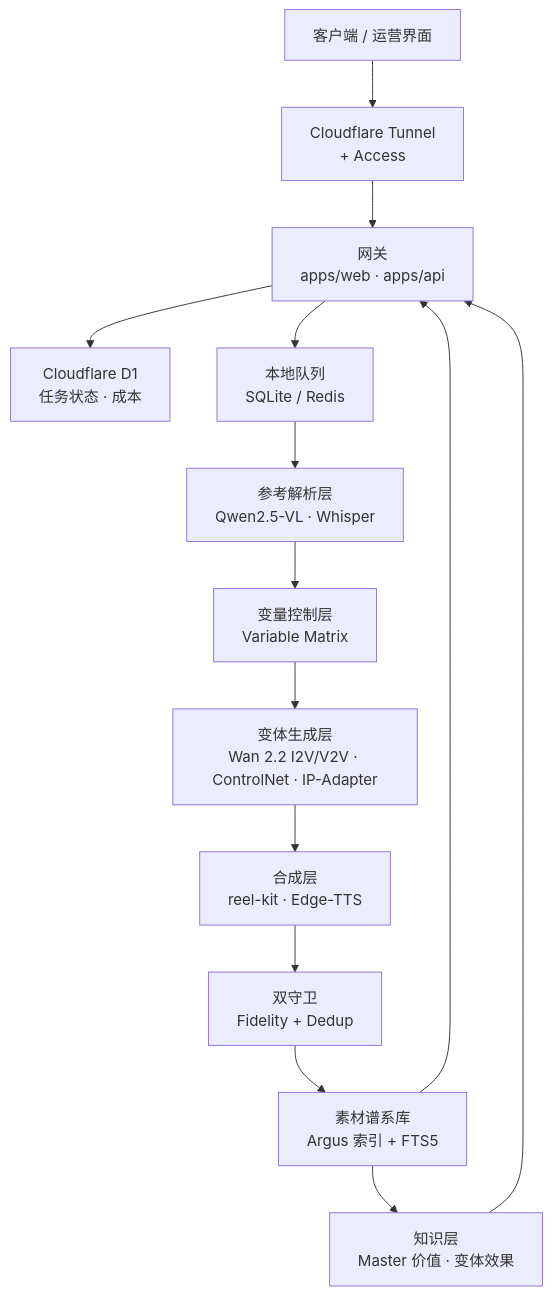
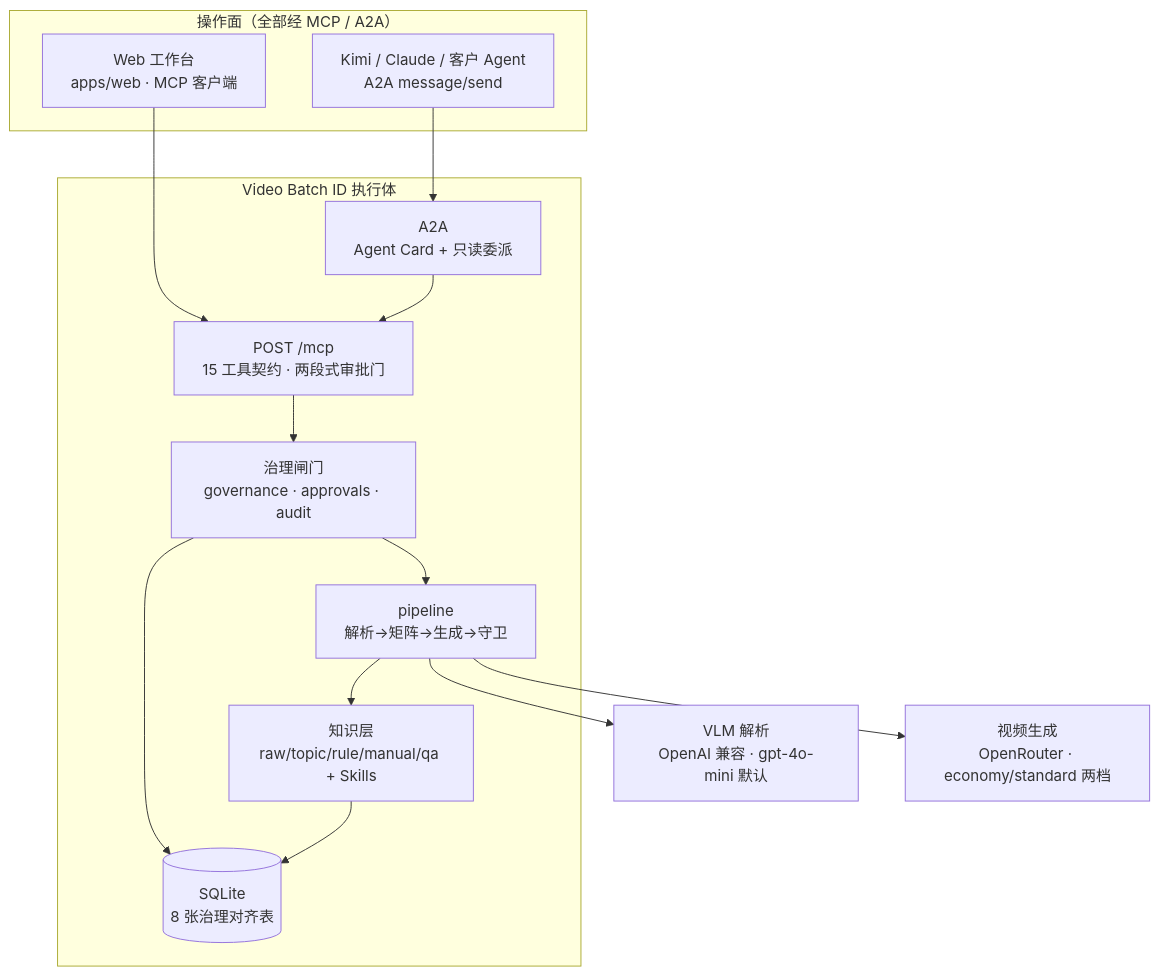
The diagram in README.md (vfvincentwong2026/video-batch-id), drawn with Mermaid before and after one commit. The commit also changed other lines of this file, not shown here.

First line of the commit message:
docs(readme): 全面更新至 AI-Native 现状——15 MCP 工具面/A2A/知识层/托管路线

````diff
--- a/README.md
+++ b/README.md
@@ -231,17 +143,26 @@
 ```mermaid
 flowchart TB
-    A[客户端 / 运营界面] --> B[Cloudflare Tunnel<br/>+ Access]
-    B --> C[网关<br/>apps/web · apps/api]
-    C --> D[Cloudflare D1<br/>任务状态 · 成本]
-    C --> E[本地队列<br/>SQLite / Redis]
+    subgraph clients["操作面（全部经 MCP / A2A）"]
+        SPA[Web 工作台<br/>apps/web · MCP 客户端]
+        AGENT[Kimi / Claude / 客户 Agent<br/>A2A message/send]
+    end
+    subgraph vbid["Video Batch ID 执行体"]
+        MCP[POST /mcp<br/>15 工具契约 · 两段式审批门]
+        A2A[A2A<br/>Agent Card + 只读委派]
+        GOV[治理闸门<br/>governance · approvals · audit]
+        PIPE[pipeline<br/>解析→矩阵→生成→守卫]
+        KNOW[知识层<br/>raw/topic/rule/manual/qa + Skills]
+        SQLite[(SQLite<br/>8 张治理对齐表)]
+    end
+    VLM[VLM 解析<br/>OpenAI 兼容 · gpt-4o-mini 默认]
+    GEN[视频生成<br/>OpenRouter · economy/standard 两档]
 
-    E --> F[参考解析层<br/>Qwen2.5-VL · Whisper]
-    F --> G[变量控制层<br/>Variable Matrix]
-    G --> H[变体生成层<br/>Wan 2.2 I2V/V2V · ControlNet · IP-Adapter]
-    H --> I[合成层<br/>reel-kit · Edge-TTS]
-    I --> J[双守卫<br/>Fidelity + Dedup]
-    J --> K[素材谱系库<br/>Argus 索引 + FTS5]
-    K --> C
-    K --> L[知识层<br/>Master 价值 · 变体效果]
-    L --> C
+    SPA --> MCP
+    AGENT --> A2A --> MCP
+    MCP --> GOV --> PIPE
+    PIPE --> VLM
+    PIPE --> GEN
+    PIPE --> KNOW
+    GOV --> SQLite
+    KNOW --> SQLite
 ```
````
